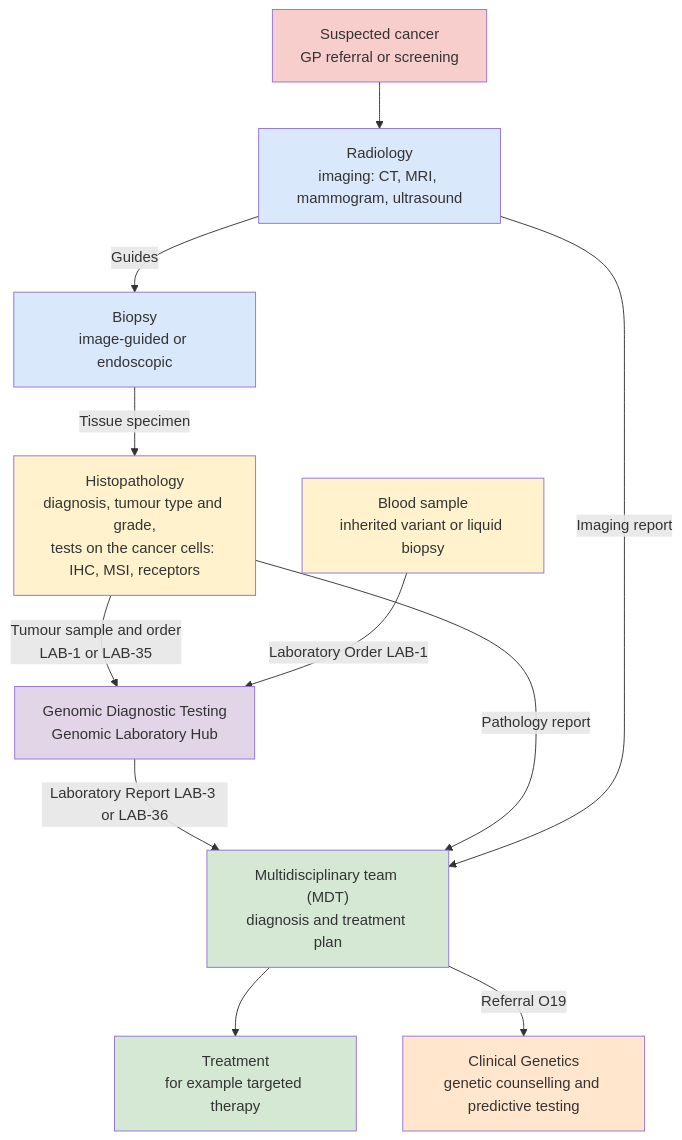
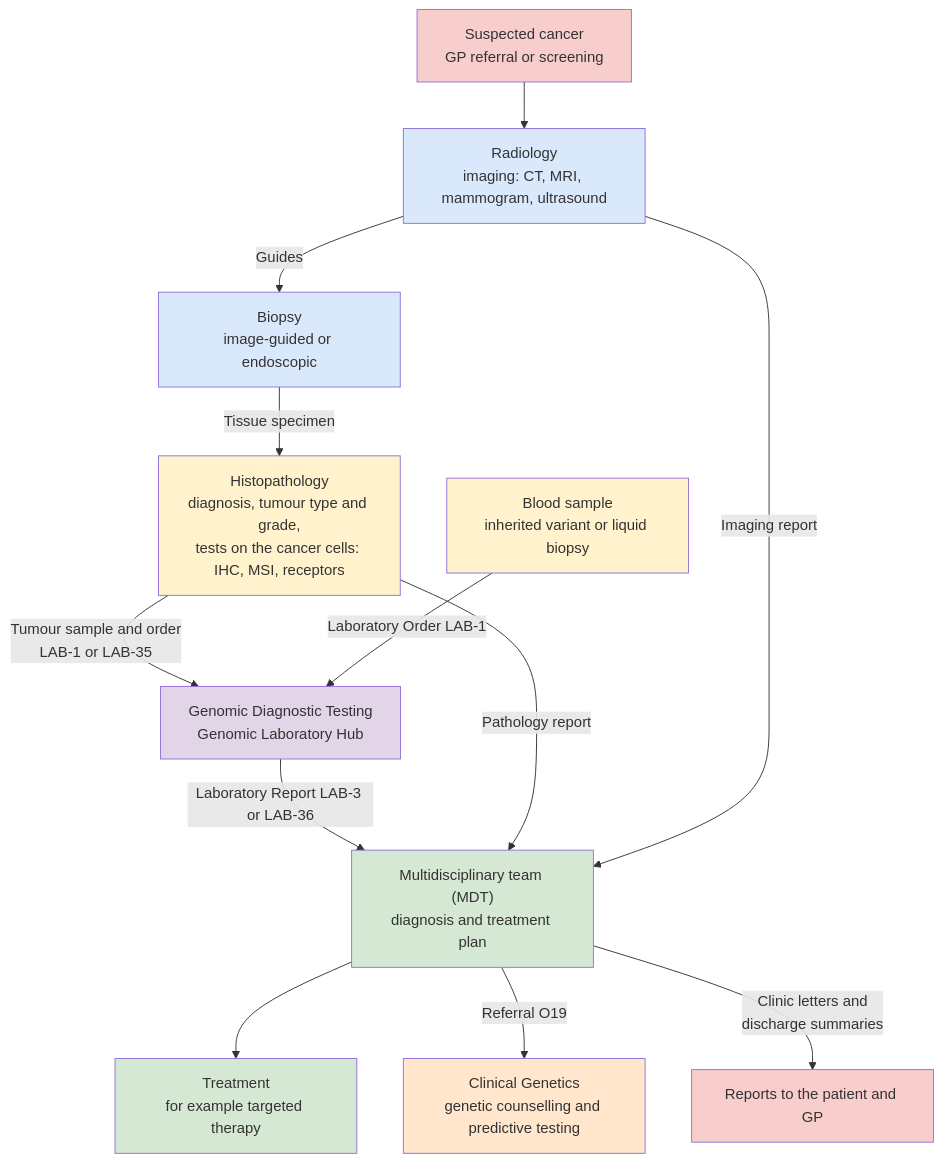
Before and after one commit to nw-gmsa/nw-gmsa.github.com: the fourth of 4 diagrams in input/pagecontent/overview.md, drawn with Mermaid. The commit also changed other lines of this file, not shown here.

First line of the commit message:
Overview: add Reports to the patient and GP as a pathway step

````diff
--- a/input/pagecontent/overview.md
+++ b/input/pagecontent/overview.md
@@ -97,30 +97,32 @@
 ```mermaid
 graph TD;
 
     GP["Suspected cancer<br/>GP referral or screening"] --> R
     R["Radiology<br/>imaging: CT, MRI, mammogram, ultrasound"] --> |Guides| B
     B["Biopsy<br/>image-guided or endoscopic"] --> |Tissue specimen| P
     P["Histopathology<br/>diagnosis, tumour type and grade,<br/>tests on the cancer cells: IHC, MSI, receptors"] --> |"Tumour sample and order<br/>LAB-1 or LAB-35"| G
     BL["Blood sample<br/>inherited variant or liquid biopsy"] --> |"Laboratory Order LAB-1"| G
     G["Genomic Diagnostic Testing<br/>Genomic Laboratory Hub"] --> |"Laboratory Report LAB-3 or LAB-36"| M
     P --> |Pathology report| M
     R --> |Imaging report| M
     M["Multidisciplinary team (MDT)<br/>diagnosis and treatment plan"] --> T["Treatment<br/>for example targeted therapy"]
     M --> |"Referral O19"| CG["Clinical Genetics<br/>genetic counselling and predictive testing"]
+    M --> |"Clinic letters and<br/>discharge summaries"| L["Reports to the patient and GP"]
 
     click G StructureDefinition-ServiceRequest.html
 
     classDef purple fill:#E1D5E7;
     classDef yellow fill:#FFF2CC;
     classDef pink fill:#F8CECC
     classDef green fill:#D5E8D4;
     classDef blue fill:#DAE8FC;
     classDef orange fill:#FFE6CC;
 
     class GP pink
     class R,B blue
     class P,BL yellow
     class G purple
     class M,T green
     class CG orange
+    class L pink
 ```
````
